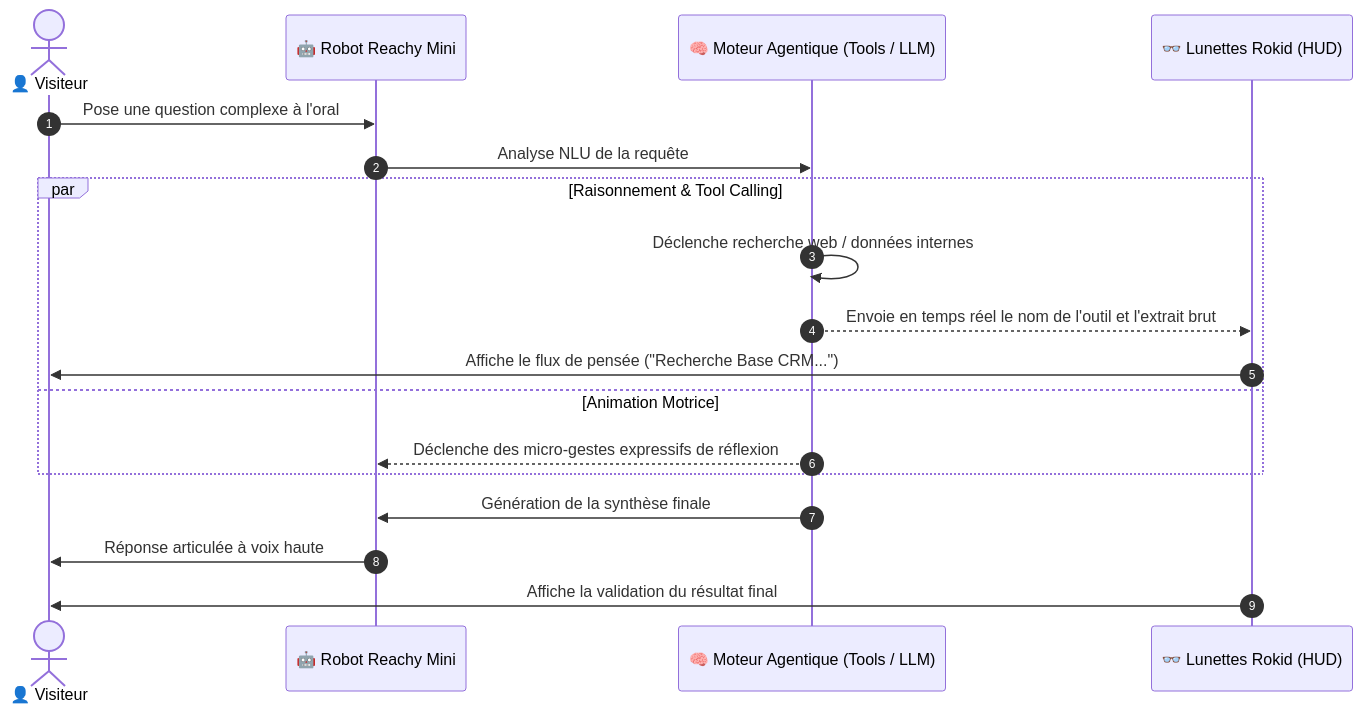
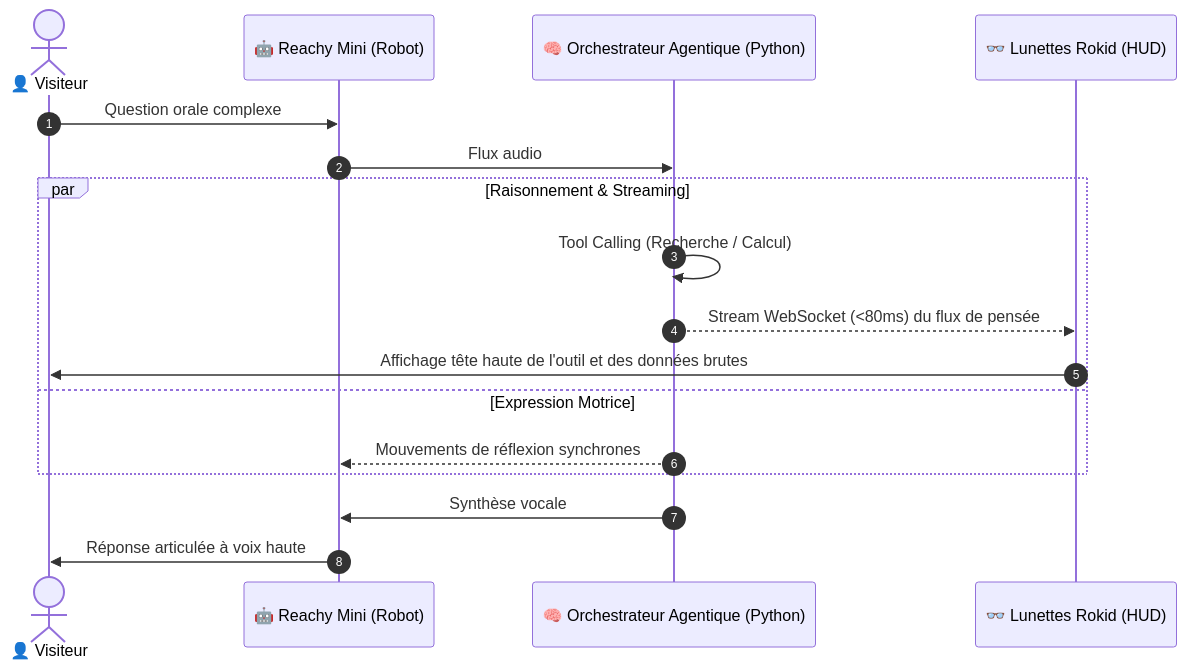
One commit to emiliejng/second-brain-Emilie changed the diagram in 01 - Projects/Stage OnePoint - AI Lab/Fiches Techniques/FT08 - Multimodal Rokid x Reachy.md. Above: the diagram before and after it, drawn with Mermaid. The commit also changed other lines of this file and 4 other files, not shown here.

````diff
--- a/01 - Projects/Stage OnePoint - AI Lab/Fiches Techniques/FT08 - Multimodal Rokid x Reachy.md
+++ b/01 - Projects/Stage OnePoint - AI Lab/Fiches Techniques/FT08 - Multimodal Rokid x Reachy.md
@@ -34,21 +39,20 @@
 ```mermaid
 sequenceDiagram
     autonumber
     actor Visiteur as 👤 Visiteur
-    participant Reachy as 🤖 Robot Reachy Mini
-    participant Agent as 🧠 Moteur Agentique (Tools / LLM)
+    participant Reachy as 🤖 Reachy Mini (Robot)
+    participant Moteur as 🧠 Orchestrateur Agentique (Python)
     participant Rokid as 👓 Lunettes Rokid (HUD)
 
-    Visiteur->>Reachy: Pose une question complexe à l'oral
-    Reachy->>Agent: Analyse NLU de la requête
-    par Raisonnement & Tool Calling
-        Agent->>Agent: Déclenche recherche web / données internes
-        Agent-->>Rokid: Envoie en temps réel le nom de l'outil et l'extrait brut
-        Rokid->>Visiteur: Affiche le flux de pensée ("Recherche Base CRM...")
-    and Animation Motrice
-        Agent-->>Reachy: Déclenche des micro-gestes expressifs de réflexion
+    Visiteur->>Reachy: Question orale complexe
+    Reachy->>Moteur: Flux audio
+    par Raisonnement & Streaming
+        Moteur->>Moteur: Tool Calling (Recherche / Calcul)
+        Moteur-->>Rokid: Stream WebSocket (<80ms) du flux de pensée
+        Rokid->>Visiteur: Affichage tête haute de l'outil et des données brutes
+    and Expression Motrice
+        Moteur-->>Reachy: Mouvements de réflexion synchrones
     end
-    Agent->>Reachy: Génération de la synthèse finale
+    Moteur->>Reachy: Synthèse vocale
     Reachy->>Visiteur: Réponse articulée à voix haute
-    Rokid->>Visiteur: Affiche la validation du résultat final
 ```
````
